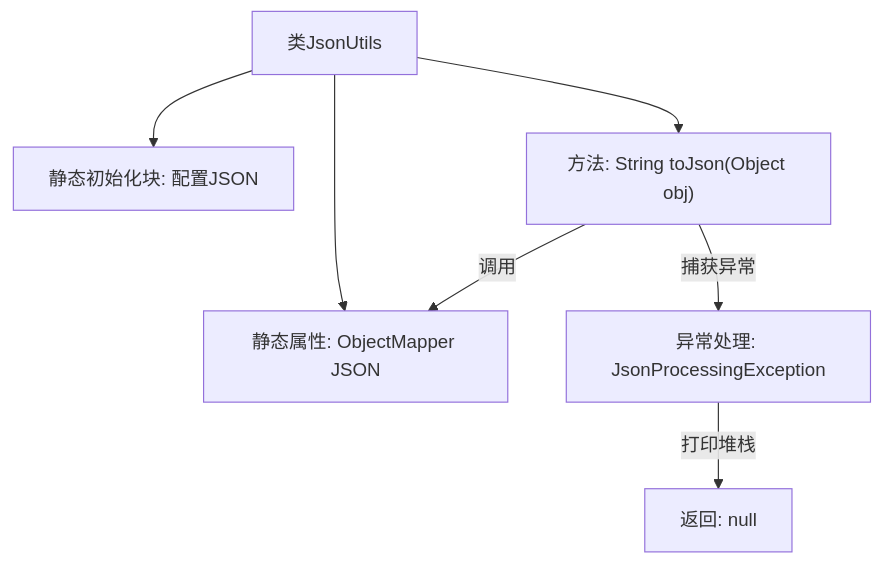
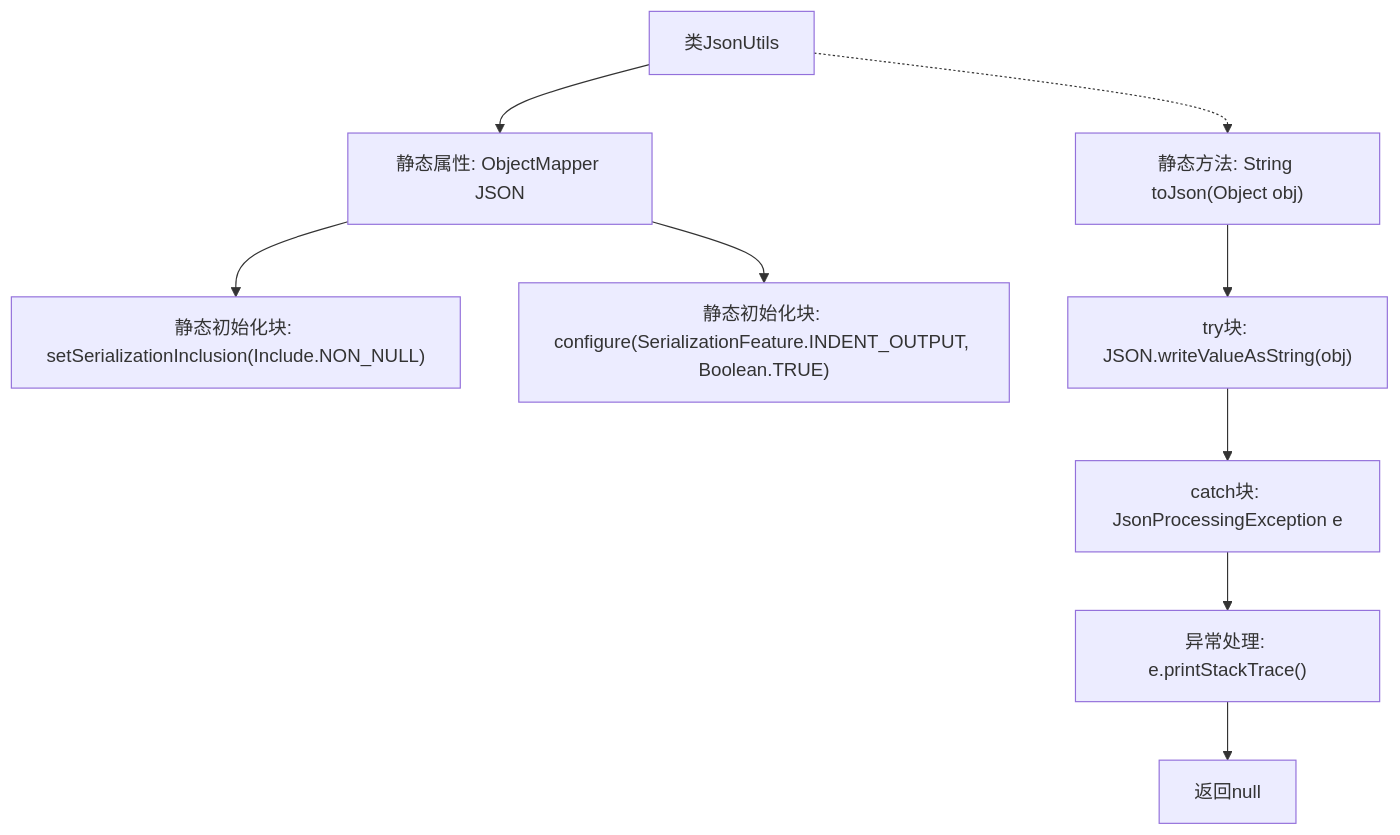
Before and after one commit to v-wjrong/imrrong_weixin-java-miniapp-demo: the second of 2 diagrams in docs/zh/docs/src/main/java/com/github/binarywang/demo/wx/miniapp/utils/JsonUtils.md, drawn with Mermaid. The commit also changed other lines of this file and 51 other files, not shown here.

````diff
--- a/docs/zh/docs/src/main/java/com/github/binarywang/demo/wx/miniapp/utils/JsonUtils.md
+++ b/docs/zh/docs/src/main/java/com/github/binarywang/demo/wx/miniapp/utils/JsonUtils.md
@@ -72,16 +79,21 @@
 ```mermaid
 graph TD
     A["类JsonUtils"]
     B["静态属性: ObjectMapper JSON"]
-    C["静态初始化块: 配置JSON"]
-    D["方法: String toJson(Object obj)"]
-    E["异常处理: JsonProcessingException"]
-    F["返回: null"]
+    C["静态初始化块: setSerializationInclusion(Include.NON_NULL)"]
+    D["静态初始化块: configure(SerializationFeature.INDENT_OUTPUT, Boolean.TRUE)"]
+    E["静态方法: String toJson(Object obj)"]
+    F["try块: JSON.writeValueAsString(obj)"]
+    G["catch块: JsonProcessingException e"]
+    H["异常处理: e.printStackTrace()"]
+    I["返回null"]
 
     A --> B
-    A --> C
-    A --> D
-    D -->|"调用"| B
-    D -->|"捕获异常"| E
-    E -->|"打印堆栈"| F
+    B --> C
+    B --> D
+    A -.-> E
+    E --> F
+    F --> G
+    G --> H
+    H --> I
 ```
````
